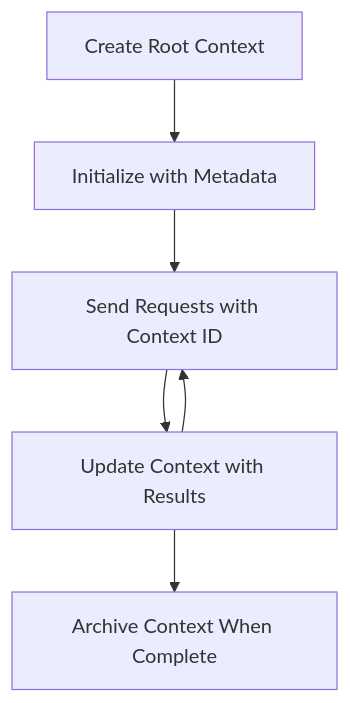
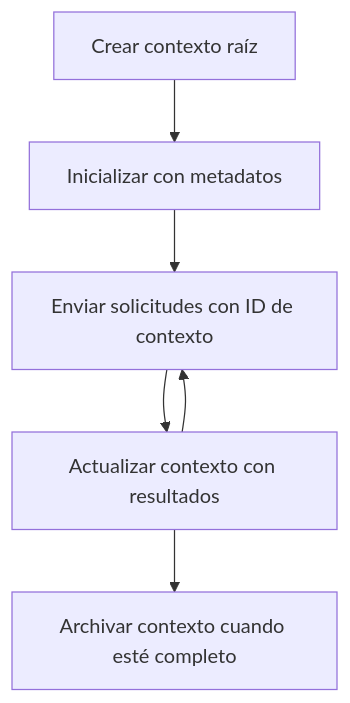
The diagram in mcp_ecosystem__model_context_protocol/mcp_learning_resources/mcp-for-beginners/translations/es/05-AdvancedTopics/mcp-root-contexts/README.md (HIDORAKAI002/ai-workspace-archive), drawn with Mermaid before and after one commit. The commit also changed other lines of this file and 4877 other files, not shown here.

````diff
--- a/mcp_ecosystem__model_context_protocol/mcp_learning_resources/mcp-for-beginners/translations/es/05-AdvancedTopics/mcp-root-contexts/README.md
+++ b/mcp_ecosystem__model_context_protocol/mcp_learning_resources/mcp-for-beginners/translations/es/05-AdvancedTopics/mcp-root-contexts/README.md
@@ -37,8 +41,8 @@
 ```mermaid
 flowchart TD
-    A[Create Root Context] --> B[Initialize with Metadata]
-    B --> C[Send Requests with Context ID]
-    C --> D[Update Context with Results]
+    A[Crear contexto raíz] --> B[Inicializar con metadatos]
+    B --> C[Enviar solicitudes con ID de contexto]
+    C --> D[Actualizar contexto con resultados]
     D --> C
-    D --> E[Archive Context When Complete]
+    D --> E[Archivar contexto cuando esté completo]
 ```
````
